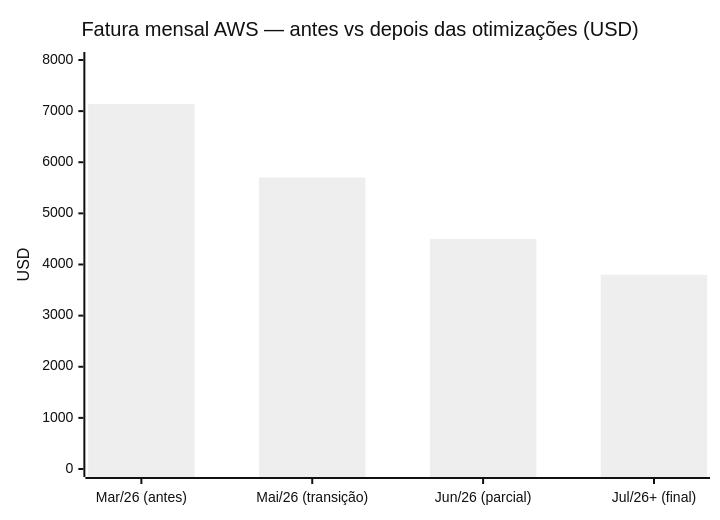
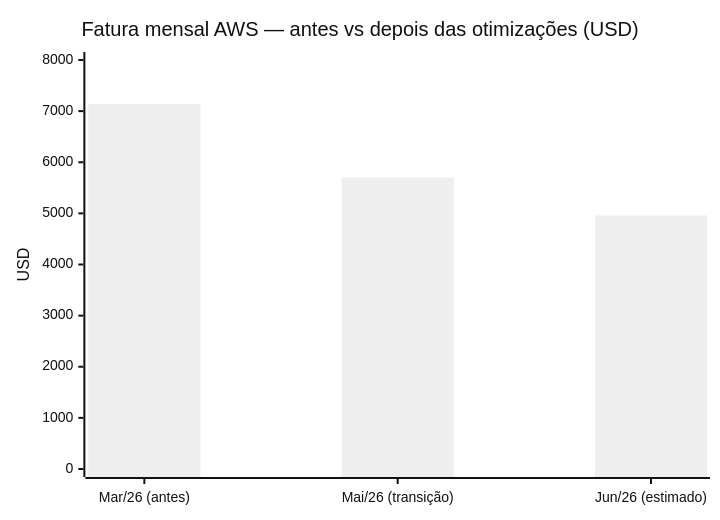
Before and after one commit to fparanhos/cepedoc-docs: the sixth of 7 diagrams in OTIMIZACAO_INFRA_AWS_2026.md, drawn with Mermaid (neutral theme). The commit also changed other lines of this file, not shown here.

````diff
--- a/OTIMIZACAO_INFRA_AWS_2026.md
+++ b/OTIMIZACAO_INFRA_AWS_2026.md
@@ -195,7 +213,7 @@
 ```mermaid
 xychart-beta
     title "Fatura mensal AWS — antes vs depois das otimizações (USD)"
-    x-axis ["Mar/26 (antes)","Mai/26 (transição)","Jun/26 (parcial)","Jul/26+ (final)"]
+    x-axis ["Mar/26 (antes)","Mai/26 (transição)","Jun/26 (estimado)"]
     y-axis "USD" 0 --> 8000
-    bar [7141, 5701, 4500, 3800]
+    bar [7141, 5701, 4960]
 ```
````
